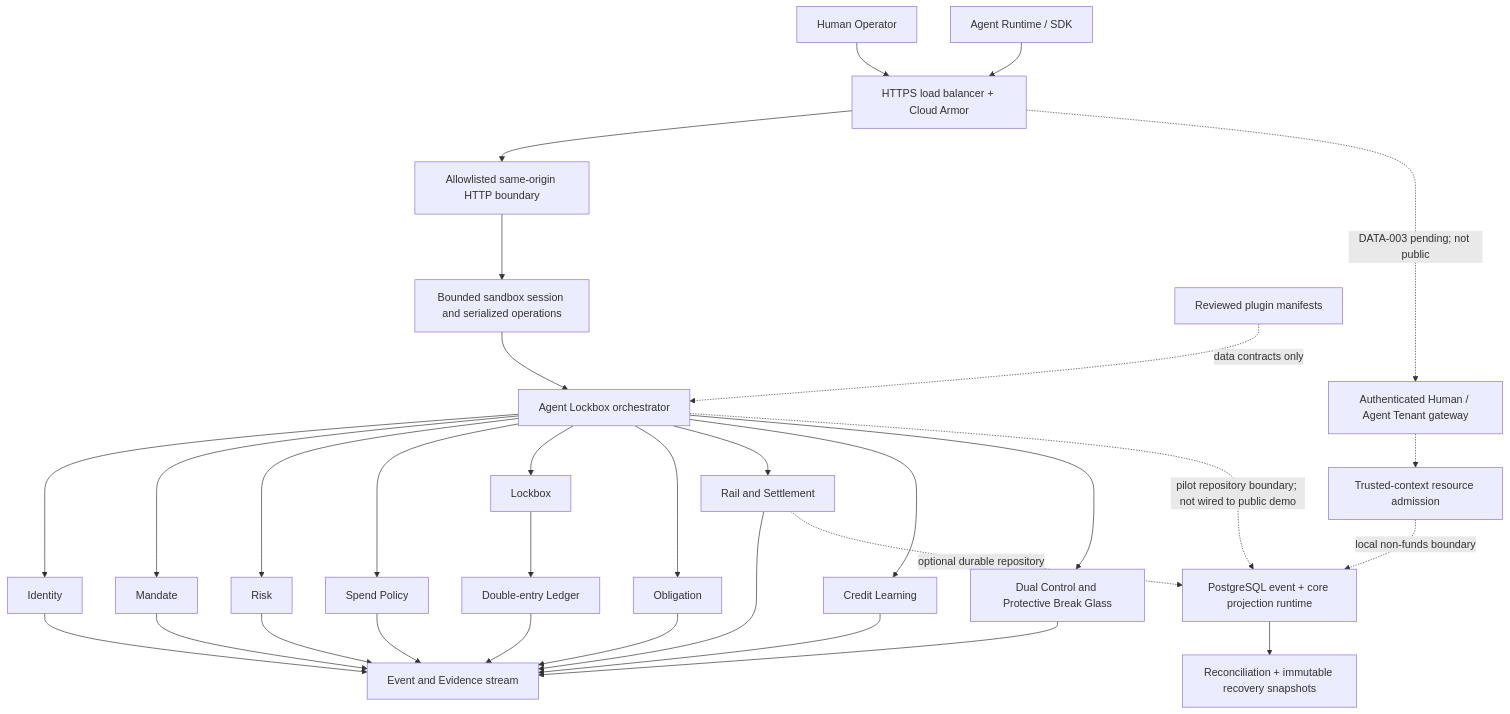
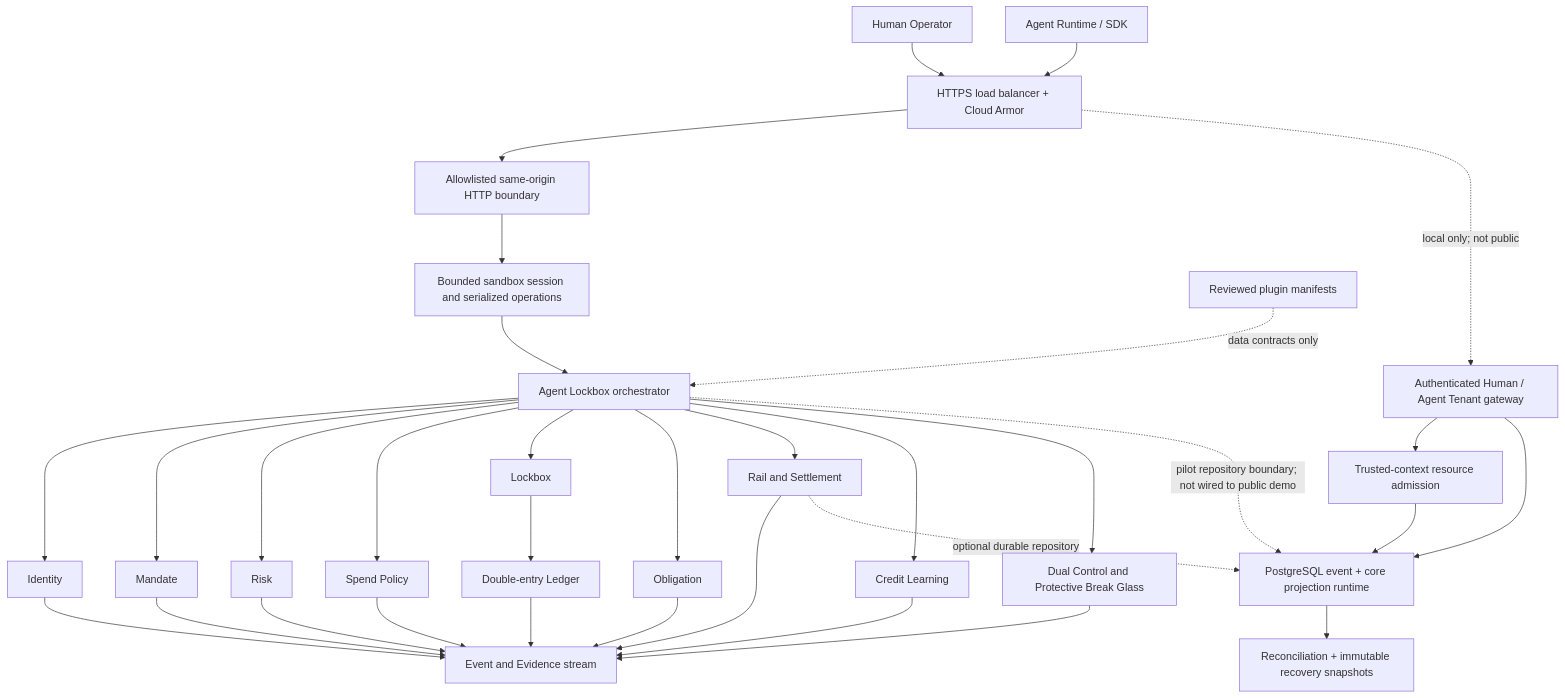
Before and after one commit to CPTM511/IPO.ONE: the diagram in README.md, drawn with Mermaid. The commit also changed other lines of this file and 34 other files, not shown here.

Commit message:
Add durable tenant command gateway

````diff
--- a/README.md
+++ b/README.md
@@ -122,37 +128,38 @@
 ```mermaid
 flowchart TB
   Human["Human Operator"] --> Edge["HTTPS load balancer + Cloud Armor"]
   Agent["Agent Runtime / SDK"] --> Edge
   Edge --> HTTP["Allowlisted same-origin HTTP boundary"]
   HTTP --> Session["Bounded sandbox session and serialized operations"]
   Session --> Flow["Agent Lockbox orchestrator"]
-  Edge -. "DATA-003 pending; not public" .-> TenantGateway["Authenticated Human / Agent Tenant gateway"]
-  TenantGateway -.-> Admission["Trusted-context resource admission"]
+  Edge -. "local only; not public" .-> TenantGateway["Authenticated Human / Agent Tenant gateway"]
+  TenantGateway --> Admission["Trusted-context resource admission"]
 
   Flow --> Identity["Identity"]
   Flow --> Mandate["Mandate"]
   Flow --> Risk["Risk"]
   Flow --> Spend["Spend Policy"]
   Flow --> Lockbox["Lockbox"]
   Flow --> Obligation["Obligation"]
   Flow --> Rail["Rail and Settlement"]
   Flow --> Learning["Credit Learning"]
   Flow --> Approval["Dual Control and Protective Break Glass"]
 
   Identity --> Evidence["Event and Evidence stream"]
   Mandate --> Evidence
   Risk --> Evidence
   Spend --> Evidence
   Lockbox --> Ledger["Double-entry Ledger"]
   Obligation --> Evidence
   Rail --> Evidence
   Learning --> Evidence
   Approval --> Evidence
   Ledger --> Evidence
 
   Flow -. pilot repository boundary; not wired to public demo .-> Postgres["PostgreSQL event + core projection runtime"]
-  Admission -. local non-funds boundary .-> Postgres
+  TenantGateway --> Postgres
+  Admission --> Postgres
   Rail -. optional durable repository .-> Postgres
   Postgres --> Recon["Reconciliation + immutable recovery snapshots"]
   Plugins["Reviewed plugin manifests"] -. data contracts only .-> Flow
 ```
````
